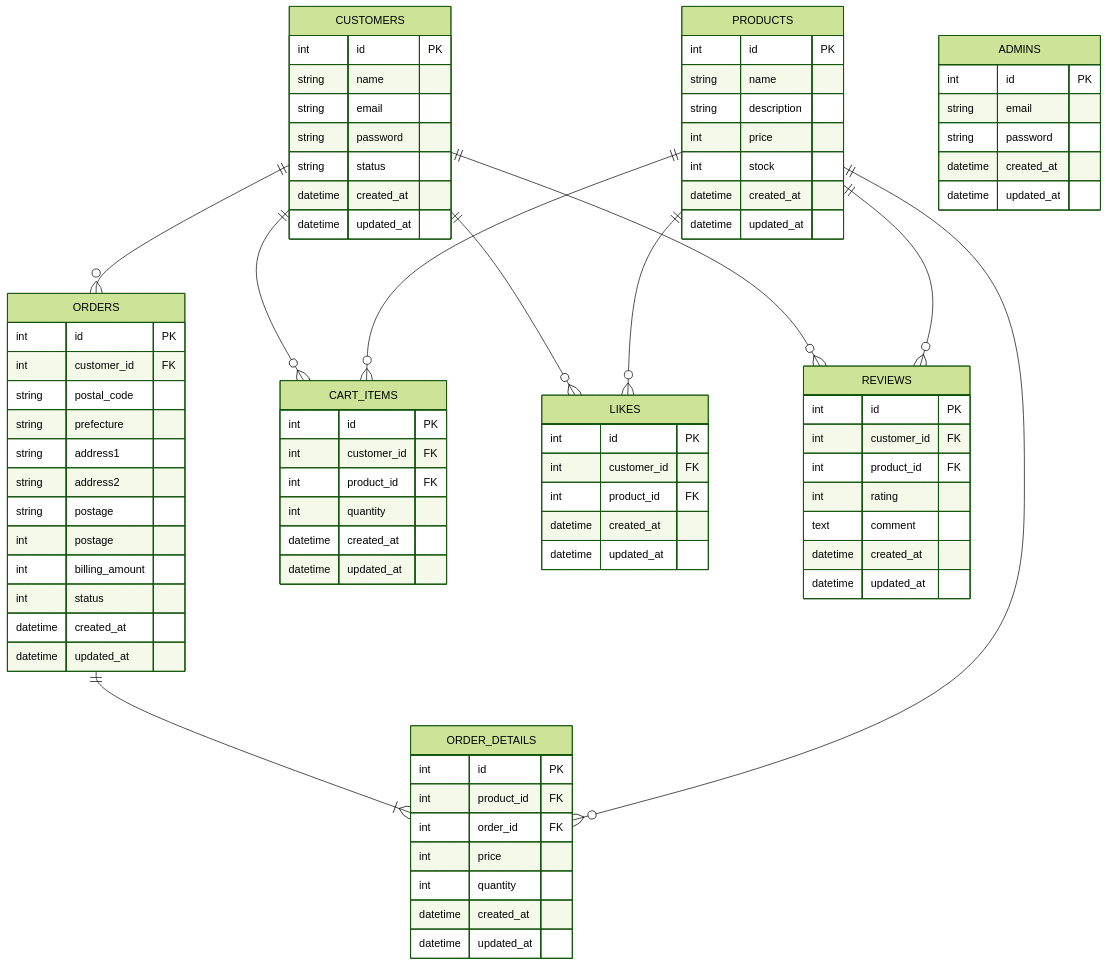
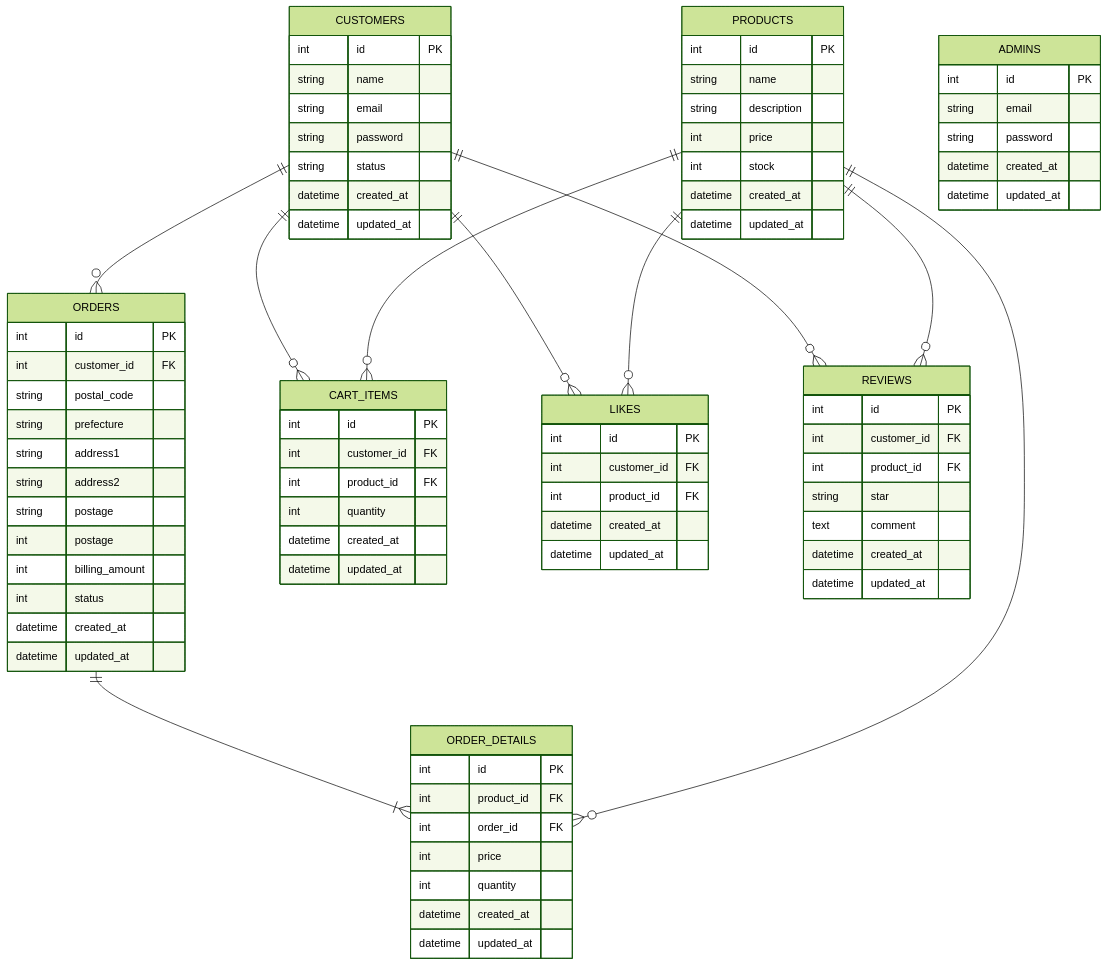
One commit to soragogo/docker-rails-example changed the diagram in test.md. Above: the diagram before and after it, drawn with Mermaid (forest theme). The commit also changed 7 other files, not shown here.

```diff
--- a/test.md
+++ b/test.md
@@ -57,7 +57,7 @@
         int id PK
         int customer_id FK
         int product_id FK
-        int rating
+        string star
         text comment
         datetime created_at
         datetime updated_at
```
